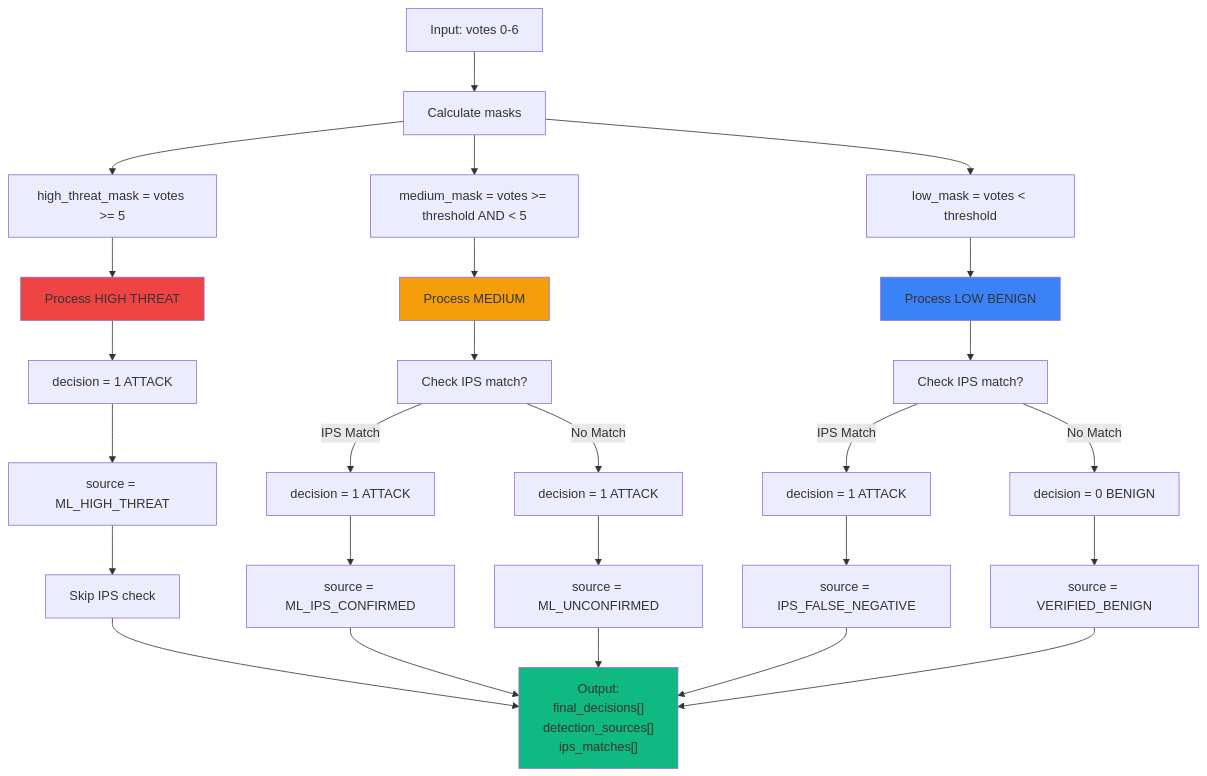
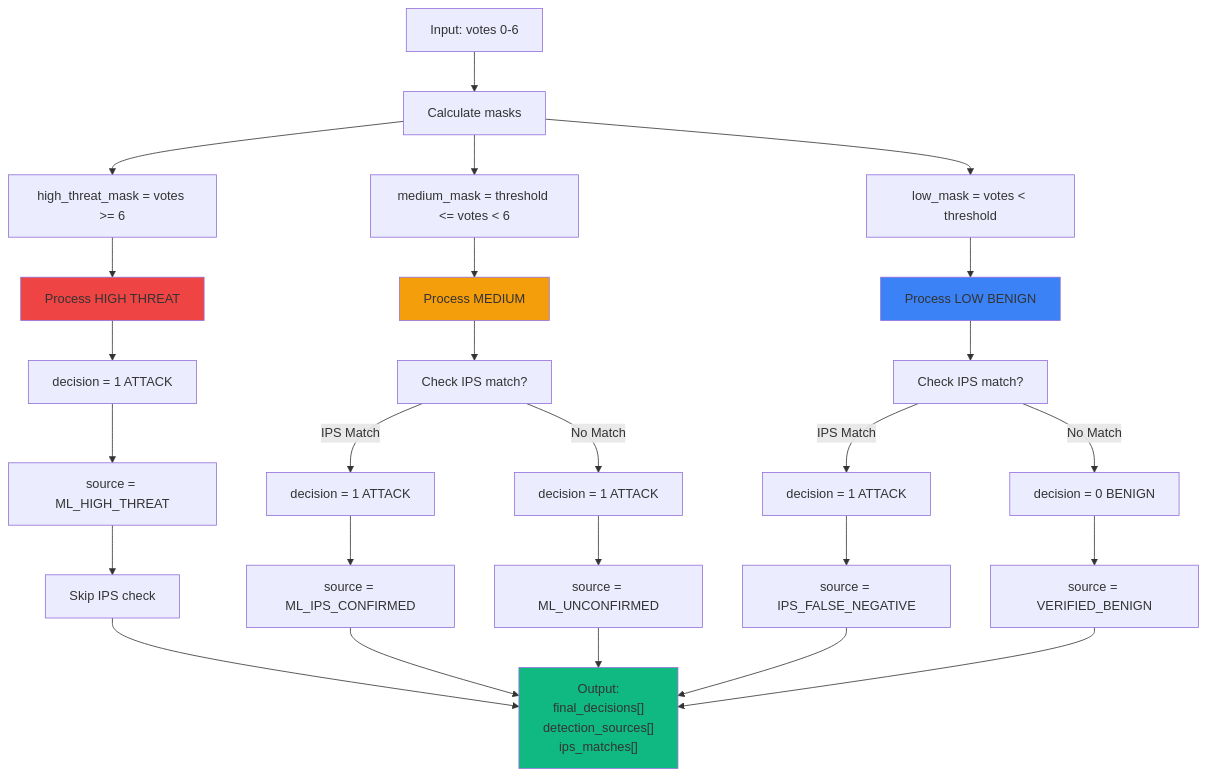
The fifth of 10 diagrams in PROJECT_ARCHITECTURE.md (mobius-infinity/NIDS-Fabric), drawn with Mermaid before and after one commit. The commit also changed other lines of this file and 4 other files, not shown here.

Commit message:
Fixed bug where incorect pass flows from machine to IPS engine and updated PROJECT_ARCHITECTURE.md file

````diff
--- a/PROJECT_ARCHITECTURE.md
+++ b/PROJECT_ARCHITECTURE.md
@@ -187,37 +187,37 @@
 ```mermaid
 graph TD
     A["Input: votes 0-6"] --> B["Calculate masks"]
-    B --> B1["high_threat_mask = votes >= 5"]
-    B --> B2["medium_mask = votes >= threshold AND < 5"]
+    B --> B1["high_threat_mask = votes >= 6"]
+    B --> B2["medium_mask = threshold <= votes < 6"]
     B --> B3["low_mask = votes < threshold"]
     
     B1 --> C["Process HIGH THREAT"]
     C --> C1["decision = 1 ATTACK"]
     C1 --> C2["source = ML_HIGH_THREAT"]
     C2 --> C3["Skip IPS check"]
     
     B2 --> D["Process MEDIUM"]
     D --> D1["Check IPS match?"]
     D1 -->|IPS Match| D2["decision = 1 ATTACK"]
     D2 --> D3["source = ML_IPS_CONFIRMED"]
     D1 -->|No Match| D4["decision = 1 ATTACK"]
     D4 --> D5["source = ML_UNCONFIRMED"]
     
     B3 --> E["Process LOW BENIGN"]
     E --> E1["Check IPS match?"]
     E1 -->|IPS Match| E2["decision = 1 ATTACK"]
     E2 --> E3["source = IPS_FALSE_NEGATIVE"]
     E1 -->|No Match| E4["decision = 0 BENIGN"]
     E4 --> E5["source = VERIFIED_BENIGN"]
     
     C3 --> F["Output:<br/>final_decisions[]<br/>detection_sources[]<br/>ips_matches[]"]
     D3 --> F
     D5 --> F
     E3 --> F
     E5 --> F
     
     style C fill:#ef4444
     style D fill:#f59e0b
     style E fill:#3b82f6
     style F fill:#10b981
 ```
````
